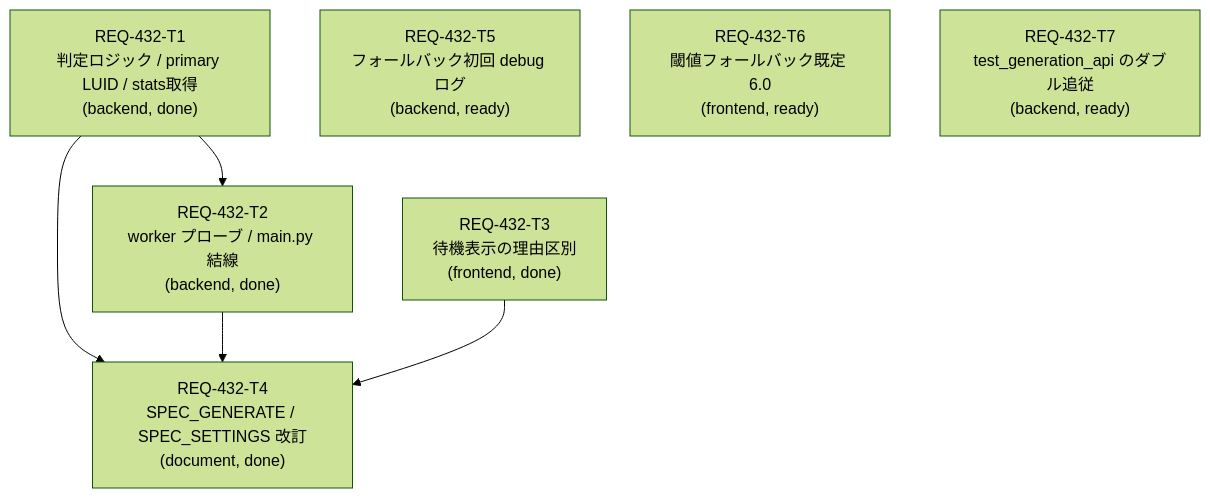
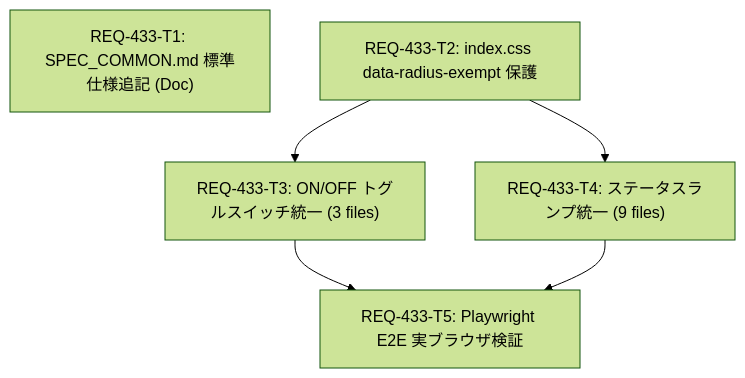
Before and after one commit to TAKE4548/comfy-create-helper2: the diagram in implementation_plan.md, drawn with Mermaid (forest theme). The commit also changed other lines of this file and 32 other files, not shown here.

````diff
--- a/implementation_plan.md
+++ b/implementation_plan.md
@@ -60,10 +16,13 @@
 ```mermaid
 graph TD
-  T1["REQ-432-T1<br/>判定ロジック / primary LUID / stats取得<br/>(backend, done)"] --> T2["REQ-432-T2<br/>worker プローブ / main.py 結線<br/>(backend, done)"]
-  T1 --> T4["REQ-432-T4<br/>SPEC_GENERATE / SPEC_SETTINGS 改訂<br/>(document, done)"]
+  T1["REQ-433-T1: SPEC_COMMON.md 標準仕様追記 (Doc)"]
+  T2["REQ-433-T2: index.css data-radius-exempt 保護"]
+  T3["REQ-433-T3: ON/OFF トグルスイッチ統一 (3 files)"]
+  T4["REQ-433-T4: ステータスランプ統一 (9 files)"]
+  T5["REQ-433-T5: Playwright E2E 実ブラウザ検証"]
+
+  T2 --> T3
   T2 --> T4
-  T3["REQ-432-T3<br/>待機表示の理由区別<br/>(frontend, done)"] --> T4
-  T5["REQ-432-T5<br/>フォールバック初回 debug ログ<br/>(backend, ready)"]
-  T6["REQ-432-T6<br/>閾値フォールバック既定 6.0<br/>(frontend, ready)"]
-  T7["REQ-432-T7<br/>test_generation_api のダブル追従<br/>(backend, ready)"]
+  T3 --> T5
+  T4 --> T5
 ```
````
